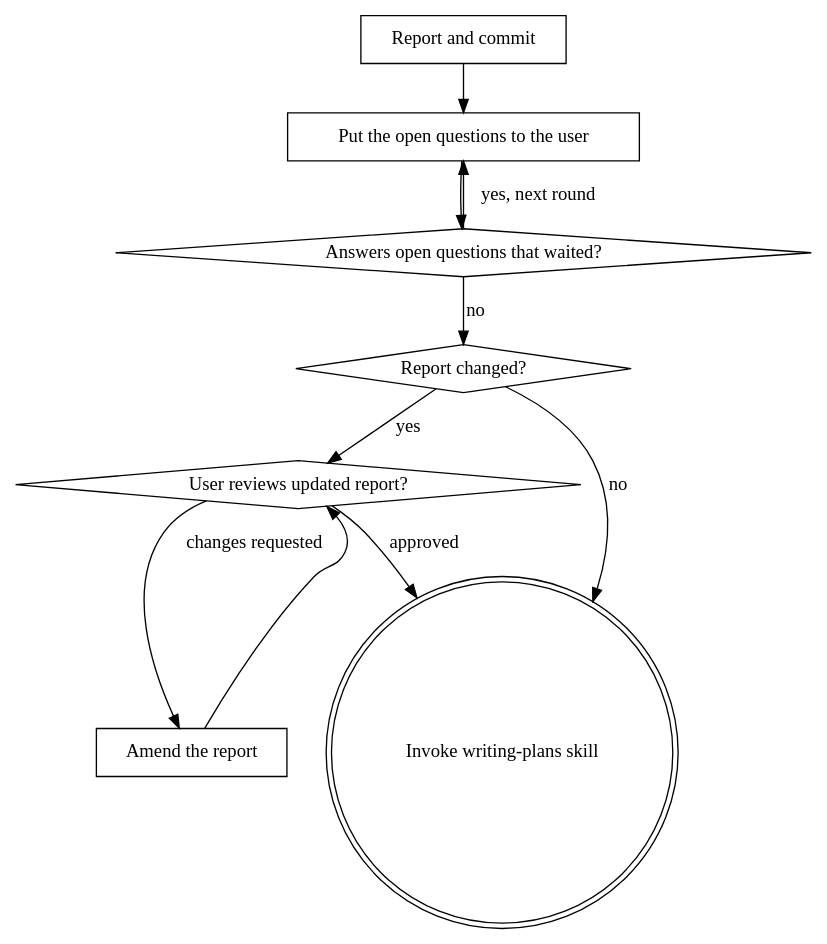
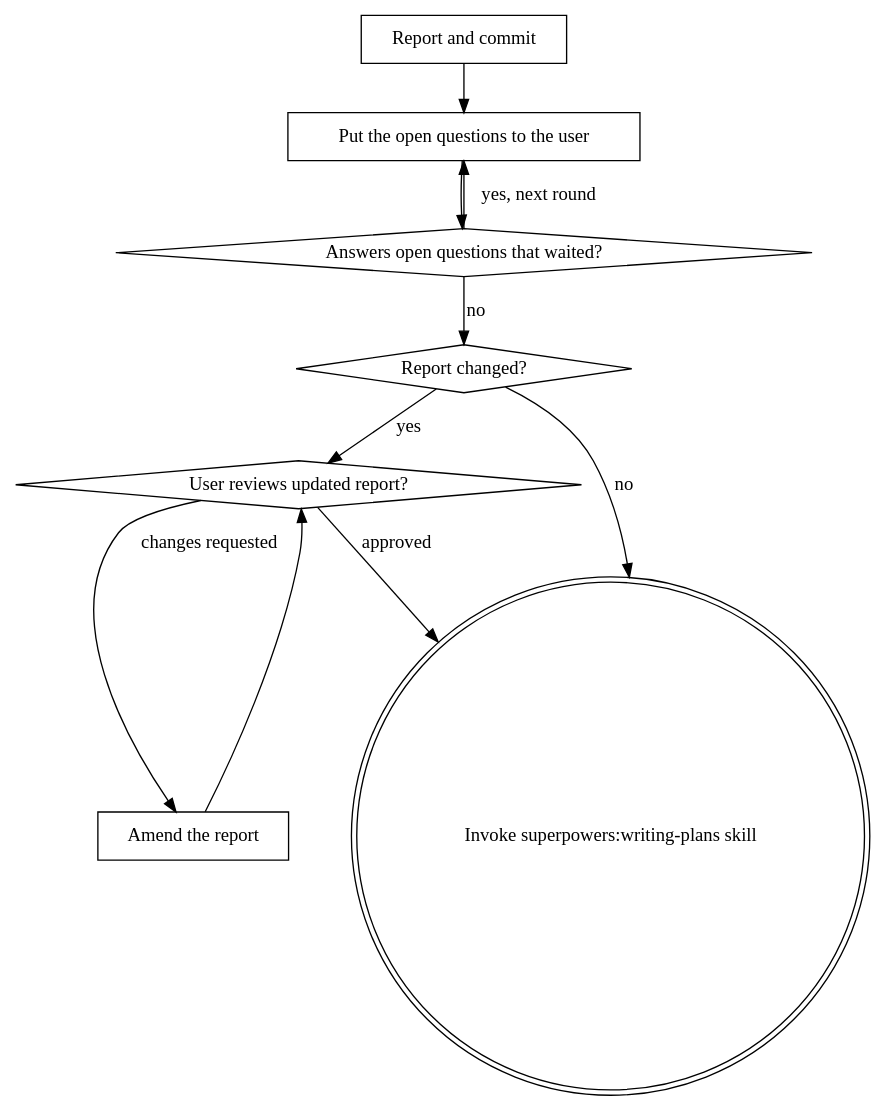
One commit to eranroseman/agent-plugins changed the diagram in plugins/software-dev/skills/consistency-audit/SKILL.md. Above: the diagram before and after it, drawn with Graphviz. The commit also changed other lines of this file and 1 other file, not shown here.

````diff
--- a/plugins/software-dev/skills/consistency-audit/SKILL.md
+++ b/plugins/software-dev/skills/consistency-audit/SKILL.md
@@ -178,21 +178,21 @@
 ```dot
 digraph after_the_audit {
     "Report and commit" [shape=box];
     "Put the open questions to the user" [shape=box];
     "Answers open questions that waited?" [shape=diamond];
     "Report changed?" [shape=diamond];
     "User reviews updated report?" [shape=diamond];
     "Amend the report" [shape=box];
-    "Invoke writing-plans skill" [shape=doublecircle];
+    "Invoke superpowers:writing-plans skill" [shape=doublecircle];
 
     "Report and commit" -> "Put the open questions to the user";
     "Put the open questions to the user" -> "Answers open questions that waited?";
     "Answers open questions that waited?" -> "Put the open questions to the user" [label="yes, next round"];
     "Answers open questions that waited?" -> "Report changed?" [label="no"];
-    "Report changed?" -> "Invoke writing-plans skill" [label="no"];
+    "Report changed?" -> "Invoke superpowers:writing-plans skill" [label="no"];
     "Report changed?" -> "User reviews updated report?" [label="yes"];
     "User reviews updated report?" -> "Amend the report" [label="changes requested"];
     "Amend the report" -> "User reviews updated report?";
-    "User reviews updated report?" -> "Invoke writing-plans skill" [label="approved"];
+    "User reviews updated report?" -> "Invoke superpowers:writing-plans skill" [label="approved"];
 }
 ```
````
